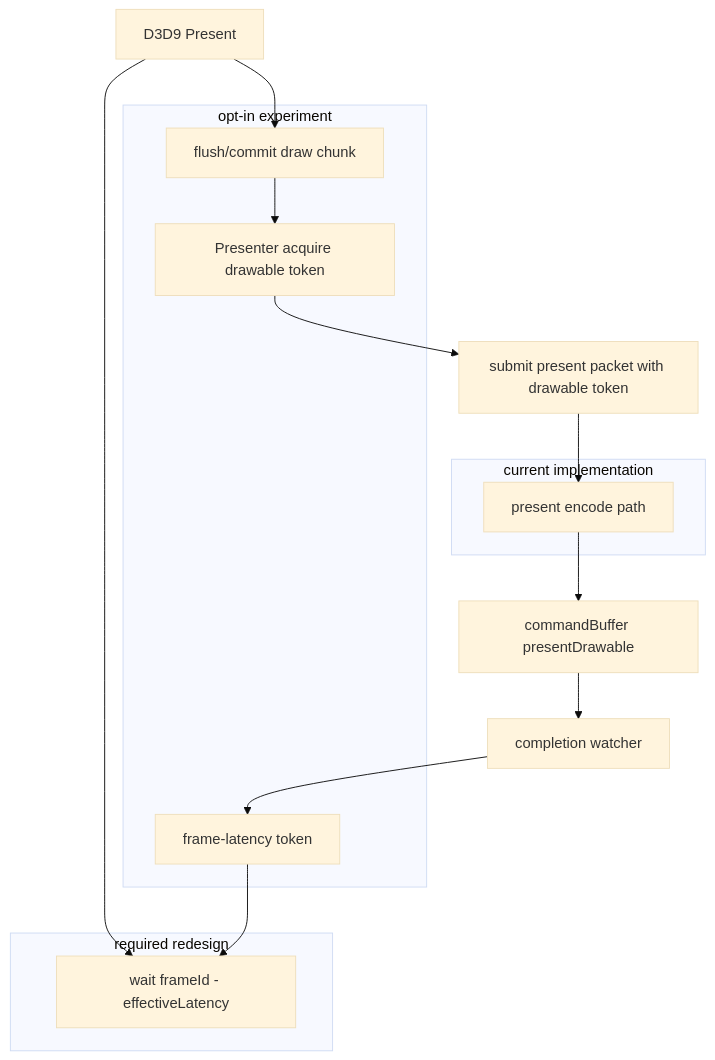
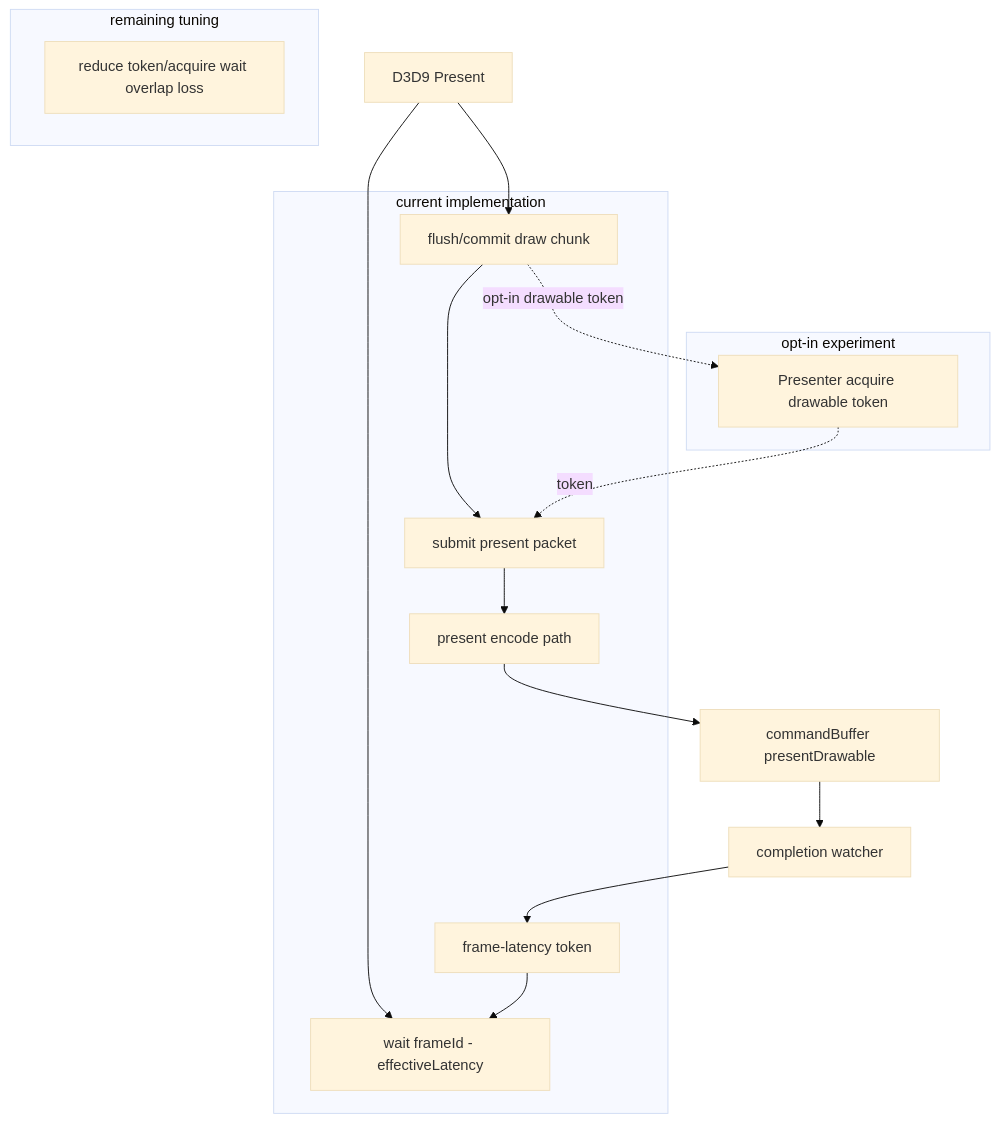
Before and after one commit to dfdgsdfg/dxmt9: the seventh of 10 diagrams in docs/perfomance-bottleneck.md, drawn with Mermaid (base theme). The commit also changed other lines of this file and 7 other files, not shown here.

````diff
--- a/docs/perfomance-bottleneck.md
+++ b/docs/perfomance-bottleneck.md
@@ -371,26 +371,29 @@
 ```mermaid
 flowchart TD
   App[D3D9 Present] --> FlushDraw[flush/commit draw chunk]
-  FlushDraw --> Acquire[Presenter acquire drawable token]
-  Acquire --> PresentPacket[submit present packet with drawable token]
+  FlushDraw --> PresentPacket[submit present packet]
+  FlushDraw -. opt-in drawable token .-> Acquire[Presenter acquire drawable token]
+  Acquire -. token .-> PresentPacket
   PresentPacket --> PresentEncode[present encode path]
   PresentEncode --> MTLPresent[commandBuffer presentDrawable]
   MTLPresent --> Completion[completion watcher]
   Completion --> FrameFence[frame-latency token]
   App --> LatencyWait[wait frameId - effectiveLatency]
   FrameFence --> LatencyWait
 
   subgraph CurrentStage[current implementation]
+    FlushDraw
+    PresentPacket
     PresentEncode
+    FrameFence
+    LatencyWait
   end
 
   subgraph ExperimentalStage[opt-in experiment]
-    FlushDraw
     Acquire
-    FrameFence
   end
 
-  subgraph RemainingWork[required redesign]
-    LatencyWait
+  subgraph RemainingWork[remaining tuning]
+    ReduceTokenWait[reduce token/acquire wait overlap loss]
   end
 ```
````
